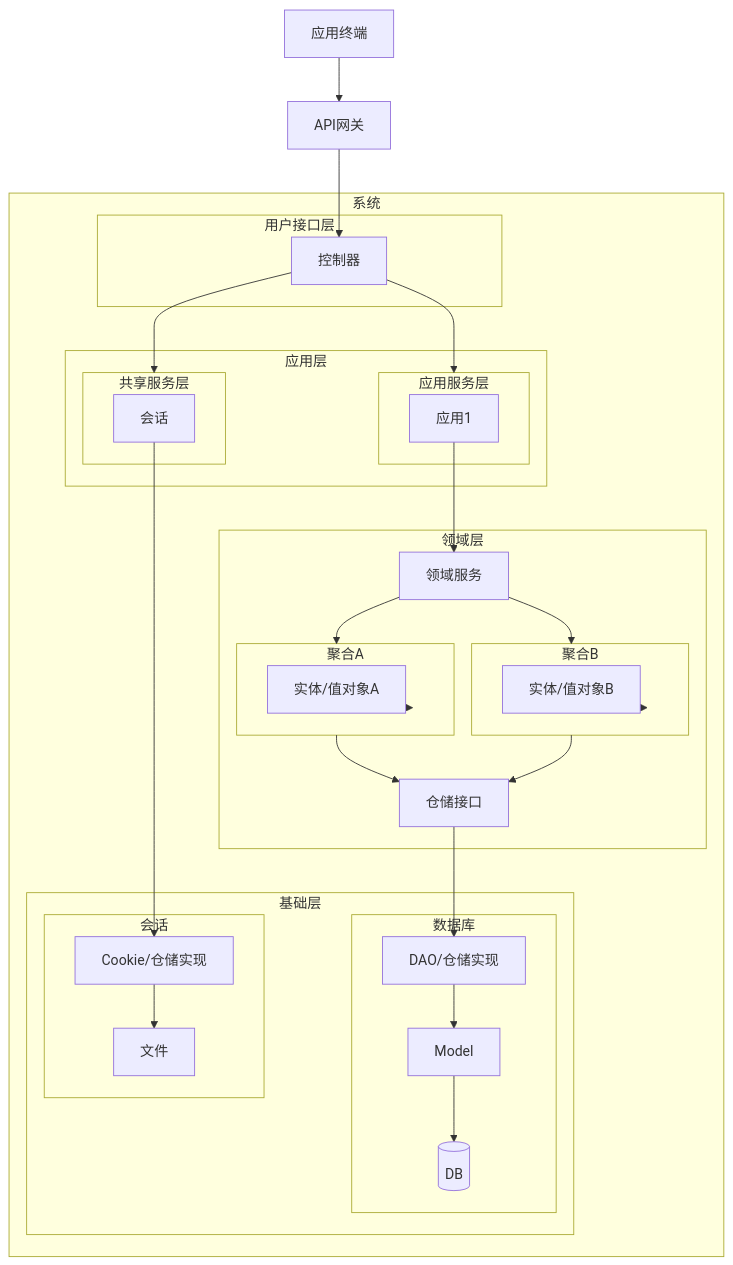
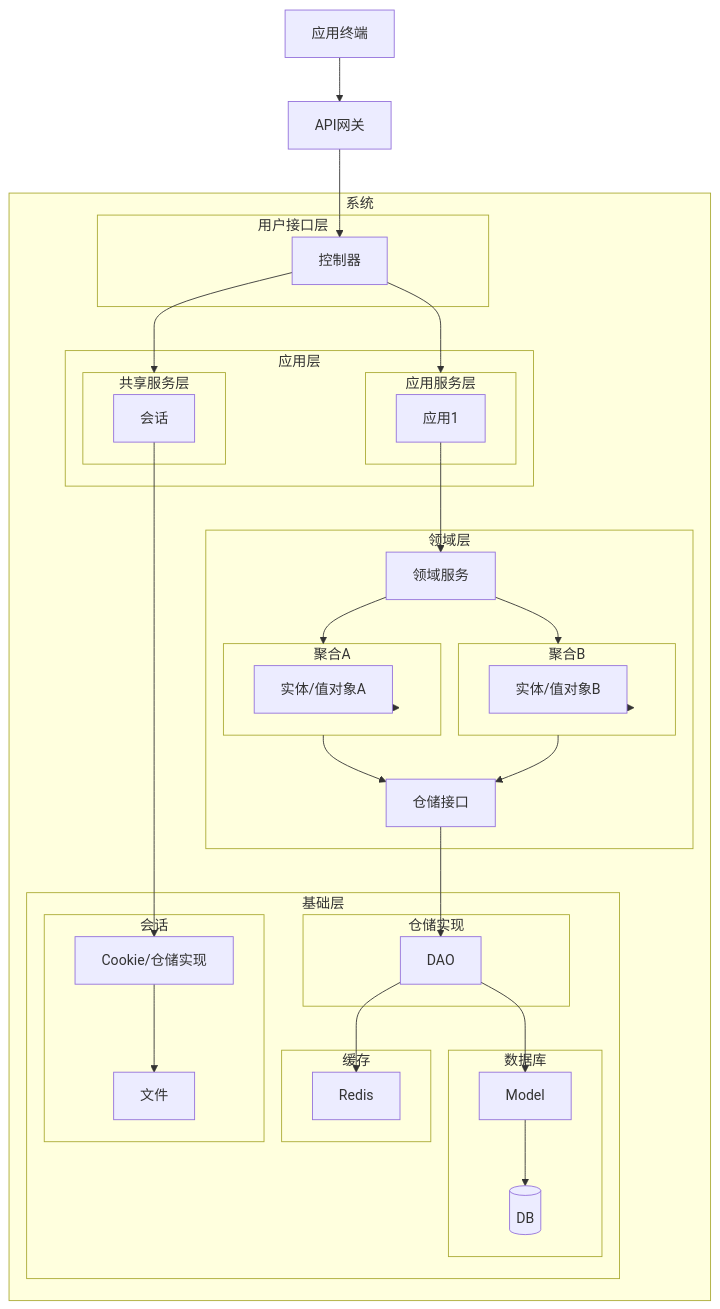
The second of 2 diagrams in README.md (n3xtchen/gin-3at), drawn with Mermaid before and after one commit.

Commit message:
增加缓存机制：文档完善

````diff
--- a/README.md
+++ b/README.md
@@ -43,72 +43,79 @@
 ```mermaid
 flowchart TD
   %% 外部
   Client[应用终端]
   APIGW[API网关]
 
   %% 系统主框
   subgraph 系统
     subgraph 用户接口层
       Controller[控制器]
     end
 
     subgraph 应用层
     	
       subgraph AppService[应用服务层]
       	App1[应用1]
       end
       %% AppRepoPort[仓储接口]
       subgraph SharedService[共享服务层]
       	SessionRepoPort[会话]
       end
     end
 
     subgraph 领域层
       DomainService[领域服务]
 
       subgraph AggregatesA[聚合A]
         ValueObjA[实体/值对象A]
       end
       subgraph AggregatesB[聚合B]
         ValueObjB[实体/值对象B]
       end
       DomainRepoPort[仓储接口]
     end
 
     subgraph 基础层
+    	subgraph 仓储实现
+      	DAO[DAO]
+      end
     	subgraph 数据库
-      	DAO[DAO/仓储实现]
       	PO[Model]
       	DB[(DB)]
+      end
+      
+      subgraph 缓存
+      	Redis[Redis]
       end
       
       subgraph 会话
       	RepoImplFile[Cookie/仓储实现]
       	File[文件]
       end
     end
   end
 
   %% 关系
   Client --> APIGW
   APIGW --> Controller
   Controller --> AppService
   Controller --> SharedService
 
   App1 --> DomainService
 
   DomainService --> AggregatesA
   DomainService --> AggregatesB
   AggregatesA --> ValueObjA
   AggregatesB --> ValueObjB
   AggregatesA --> DomainRepoPort
   AggregatesB --> DomainRepoPort
 
 
   DomainRepoPort --> DAO
   SessionRepoPort --> RepoImplFile
   DAO --> PO
   PO --> DB
+  DAO --> Redis
   RepoImplFile --> File
  
 ```
````
